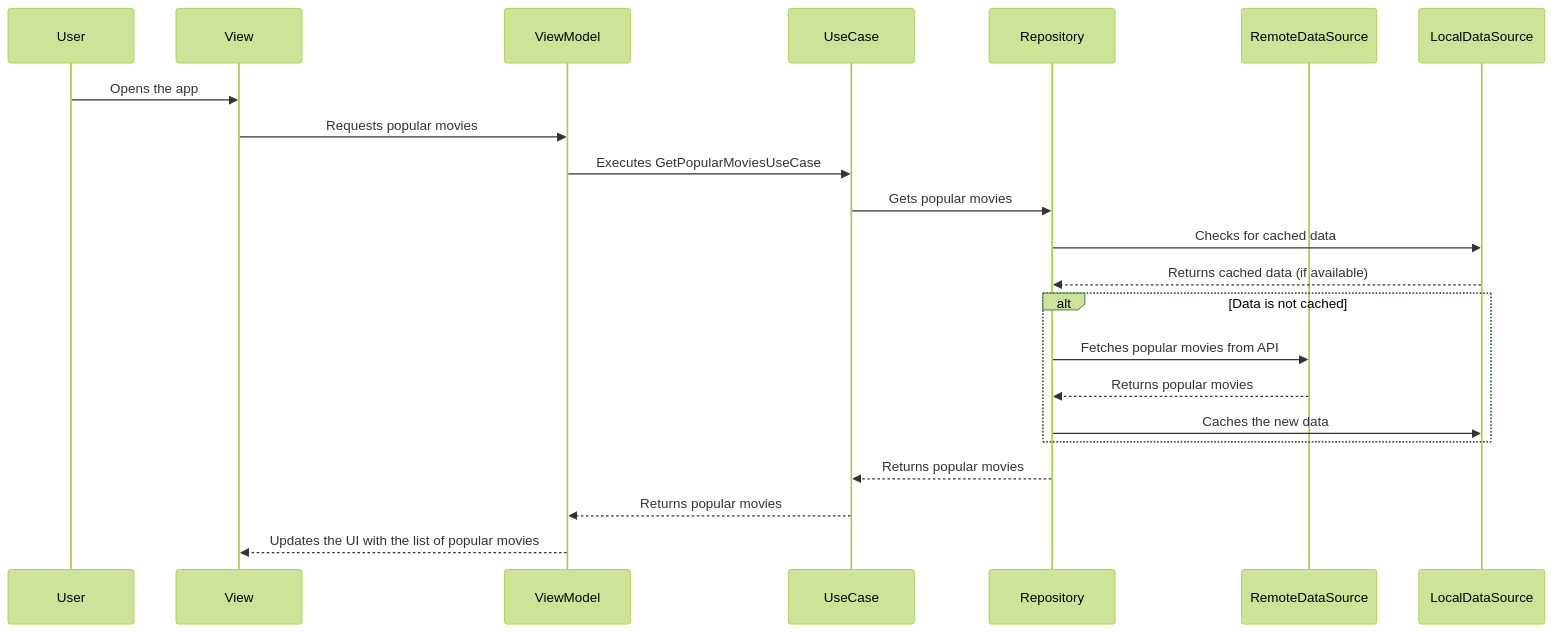
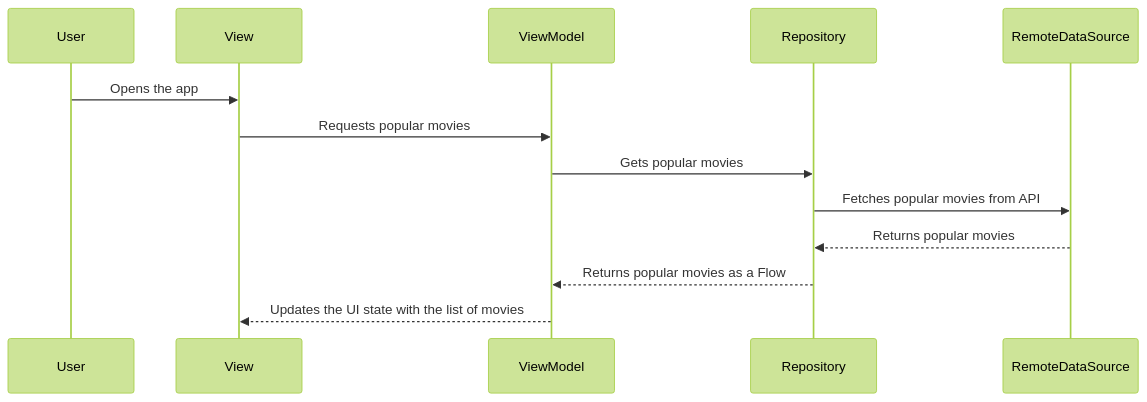
The second of 3 diagrams in README.md (TheSomeshKumar/Flixplorer), drawn with Mermaid (forest theme) before and after one commit. The commit also changed other lines of this file, not shown here.

````diff
--- a/README.md
+++ b/README.md
@@ -118,25 +63,16 @@
 ```mermaid
 sequenceDiagram
     participant User
     participant View
     participant ViewModel
-    participant UseCase
     participant Repository
     participant RemoteDataSource
-    participant LocalDataSource
 
     User->>View: Opens the app
     View->>ViewModel: Requests popular movies
-    ViewModel->>UseCase: Executes GetPopularMoviesUseCase
-    UseCase->>Repository: Gets popular movies
-    Repository->>LocalDataSource: Checks for cached data
-    LocalDataSource-->>Repository: Returns cached data (if available)
-    alt Data is not cached
-        Repository->>RemoteDataSource: Fetches popular movies from API
-        RemoteDataSource-->>Repository: Returns popular movies
-        Repository->>LocalDataSource: Caches the new data
-    end
-    Repository-->>UseCase: Returns popular movies
-    UseCase-->>ViewModel: Returns popular movies
-    ViewModel-->>View: Updates the UI with the list of popular movies
+    ViewModel->>Repository: Gets popular movies
+    Repository->>RemoteDataSource: Fetches popular movies from API
+    RemoteDataSource-->>Repository: Returns popular movies
+    Repository-->>ViewModel: Returns popular movies as a Flow
+    ViewModel-->>View: Updates the UI state with the list of movies
 ```
````
